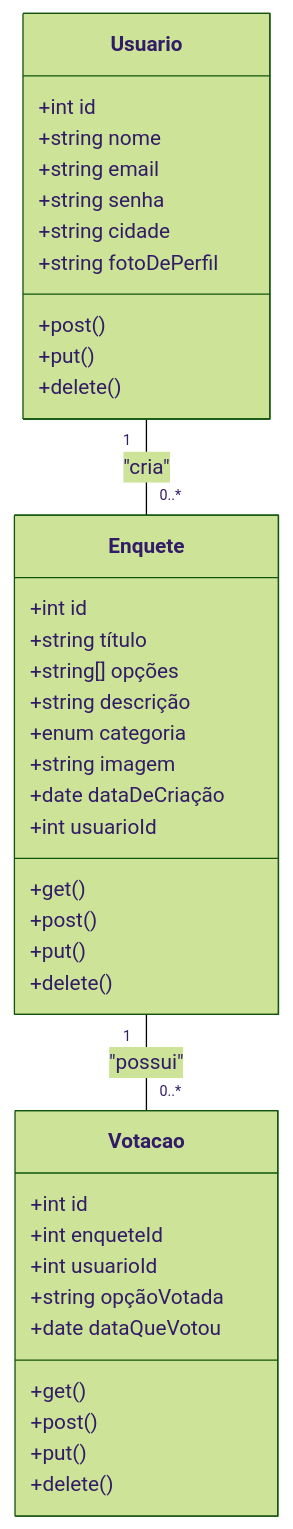
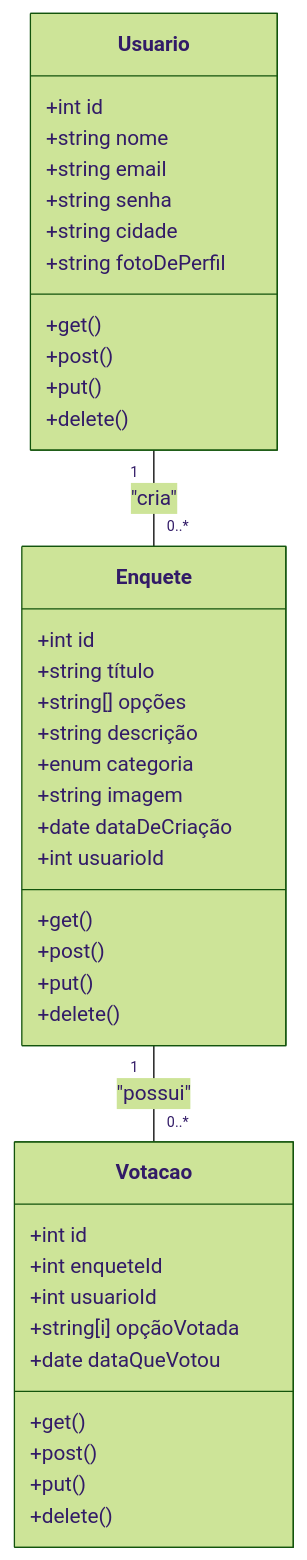
One commit to epicestudar/Votefy changed the second of 4 diagrams in README.md. Above: the diagram before and after it, drawn with Mermaid (forest theme).

````diff
--- a/README.md
+++ b/README.md
@@ -155,45 +155,46 @@
 ```mermaid
 classDiagram
     class Usuario {
         +int id
         +string nome
         +string email
         +string senha
         +string cidade
         +string fotoDePerfil
+        +get()
         +post()
         +put()
         +delete()
     }
 
     class Enquete {
         +int id
         +string título
         +string[] opções
         +string descrição
         +enum categoria
         +string imagem
         +date dataDeCriação
         +int usuarioId
         +get()
         +post()
         +put()
         +delete()
     }
 
     class Votacao {
         +int id
         +int enqueteId
         +int usuarioId
-        +string opçãoVotada
+        +string[i] opçãoVotada
         +date dataQueVotou
         +get()
         +post()
         +put()
         +delete()
     }
 
     Usuario "1" -- "0..*" Enquete : "cria"
     Enquete "1" -- "0..*" Votacao : "possui"
 
 ```
````
